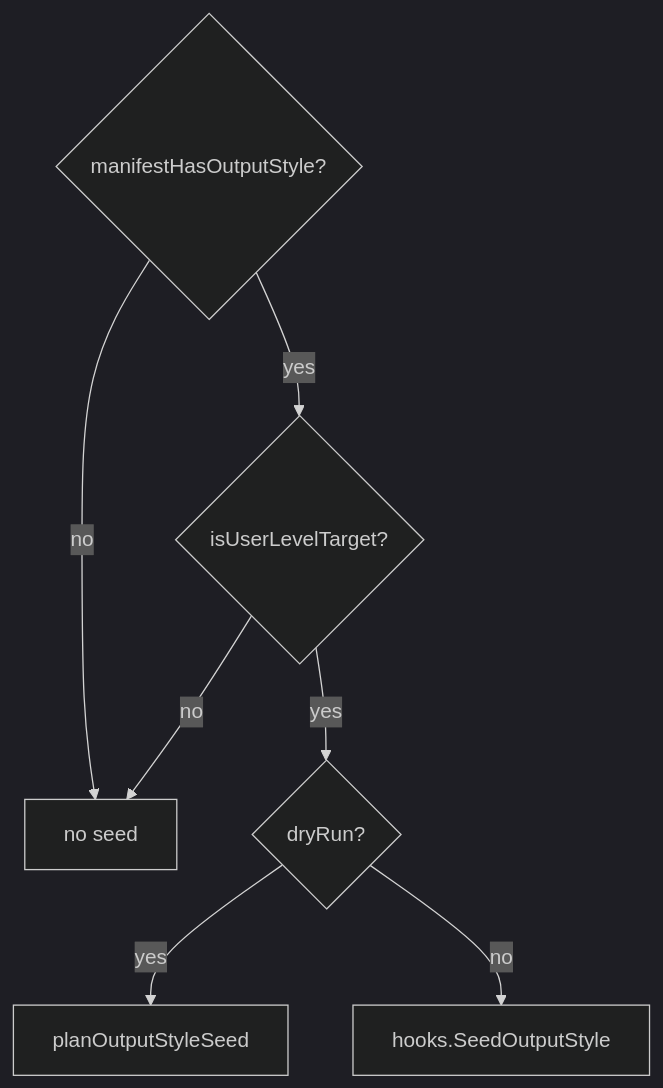
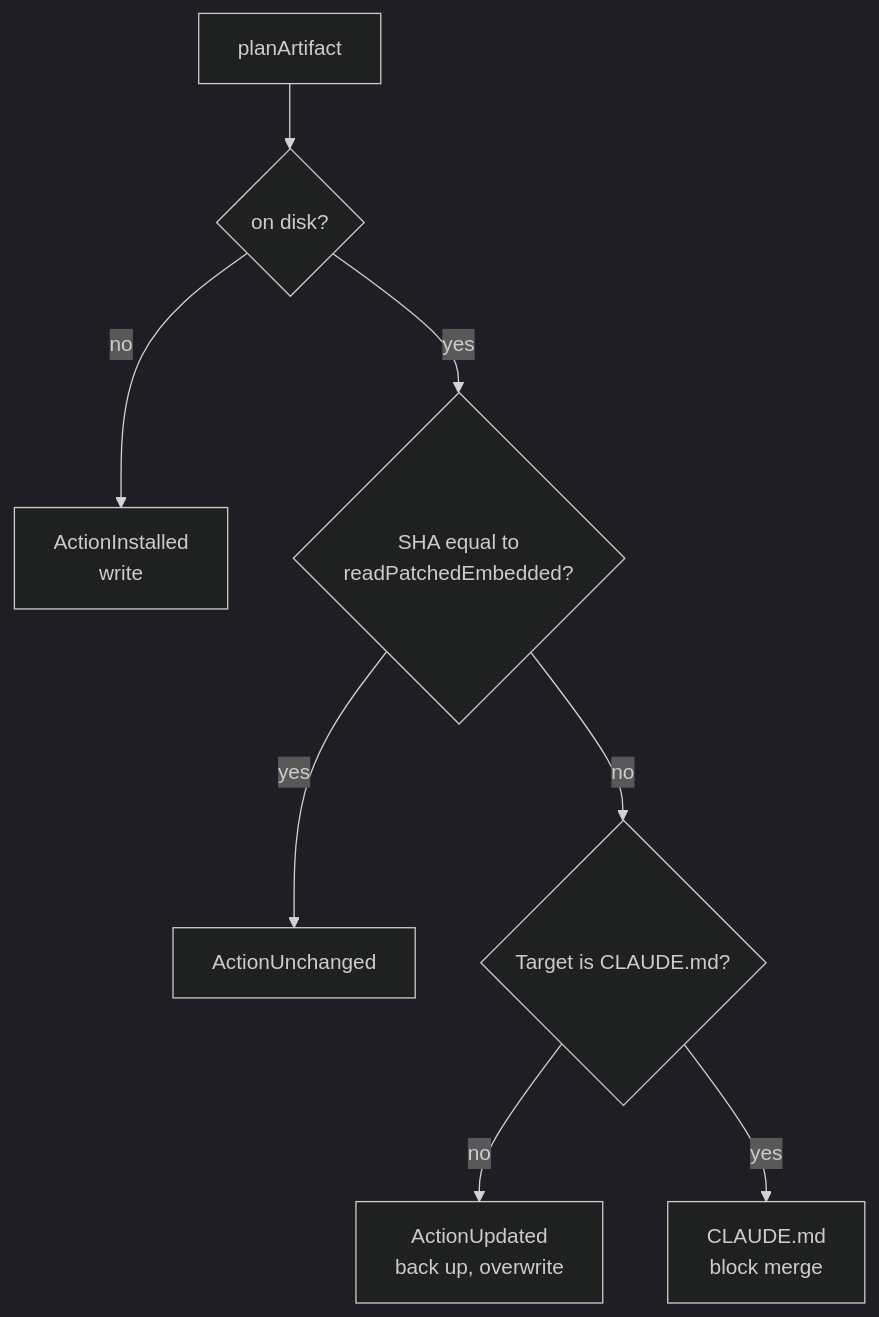
Before and after one commit to damusix/atomic-claude: the third of 5 diagrams in docs/wiki/bundle.md, drawn with Mermaid (dark theme). The commit also changed other lines of this file and 795 other files, not shown here.

First line of the commit message:
feat!: run Atomic on Claude Code, OMP, and Codex

````diff
--- a/docs/wiki/bundle.md
+++ b/docs/wiki/bundle.md
@@ -140,10 +172,11 @@
 ```mermaid
 flowchart TD
-    %% source: atomic/internal/claudeinstall/install.go, atomic/internal/hooks/outputstyle.go
-    M{"manifestHasOutputStyle?"} -->|no| N["no seed"]
-    M -->|yes| U{"isUserLevelTarget?"}
-    U -->|no| N
-    U -->|yes| D{"dryRun?"}
-    D -->|yes| PL["planOutputStyleSeed"]
-    D -->|no| SO["hooks.SeedOutputStyle"]
+    %% source: atomic/internal/claudeinstall/install.go
+    A["planArtifact"] --> B{"on disk?"}
+    B -->|no| I["ActionInstalled<br/>write"]
+    B -->|yes| C{"SHA equal to<br/>readPatchedEmbedded?"}
+    C -->|yes| U["ActionUnchanged"]
+    C -->|no| D{"Target is CLAUDE.md?"}
+    D -->|no| UP["ActionUpdated<br/>back up, overwrite"]
+    D -->|yes| M["CLAUDE.md<br/>block merge"]
 ```
````
